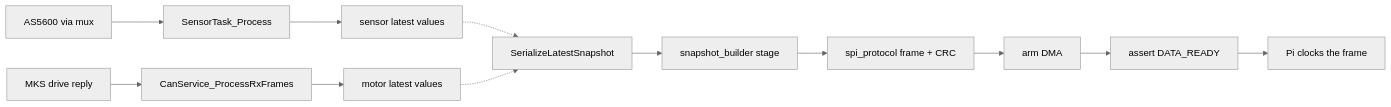
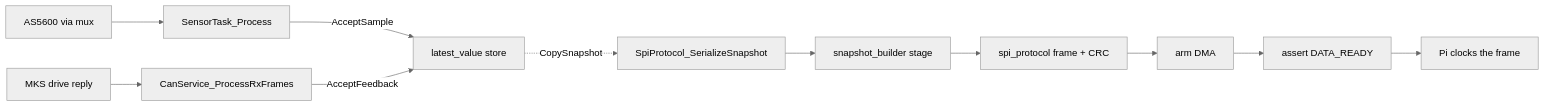
The third of 3 diagrams in Arm_Sensor_Hub/Documentation/FIRMWARE_ARCHITECTURE.md (LentonNeale/Karetao), drawn with Mermaid (neutral theme) before and after one commit. The commit also changed other lines of this file and 35 other files, not shown here.

First line of the commit message:
Add the latest-value store that owns ageing and the coherent snapshot copy (#80)

````diff
--- a/Arm_Sensor_Hub/Documentation/FIRMWARE_ARCHITECTURE.md
+++ b/Arm_Sensor_Hub/Documentation/FIRMWARE_ARCHITECTURE.md
@@ -166,14 +165,13 @@
 ```mermaid
 flowchart LR
   ENC["AS5600 via mux"] --> ST["SensorTask_Process"]
-  ST --> SLV["sensor latest values"]
+  ST -- AcceptSample --> LV["latest_value store"]
   DRV["MKS drive reply"] --> RX["CanService_ProcessRxFrames"]
-  RX --> MLV["motor latest values"]
-  SLV -.-> SER["SerializeLatestSnapshot"]
-  MLV -.-> SER
+  RX -- AcceptFeedback --> LV
+  LV -. CopySnapshot .-> SER["SpiProtocol_SerializeSnapshot"]
   SER --> SB["snapshot_builder stage"]
   SB --> SP["spi_protocol frame + CRC"]
   SP --> ARM["arm DMA"]
   ARM --> DR["assert DATA_READY"]
   DR --> PI["Pi clocks the frame"]
 ```
````
